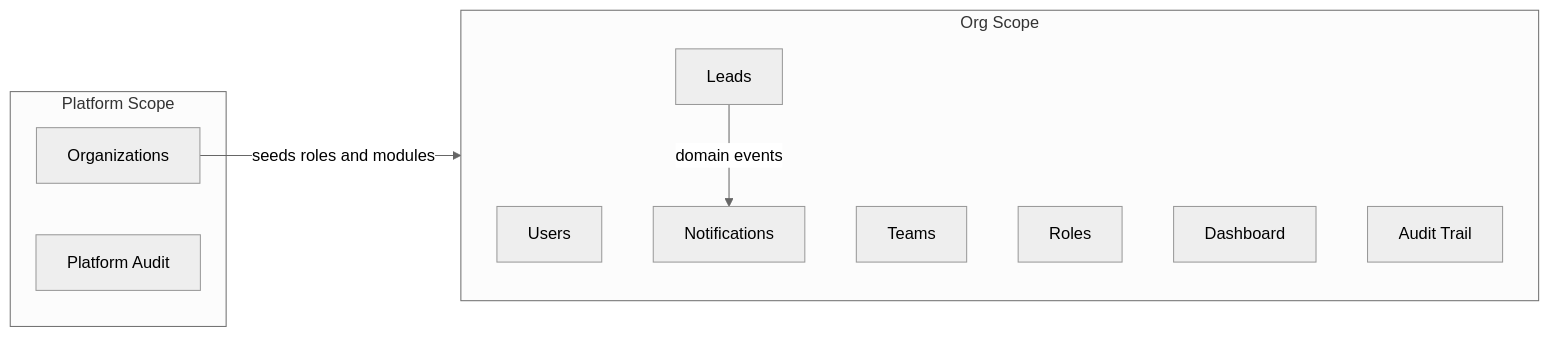
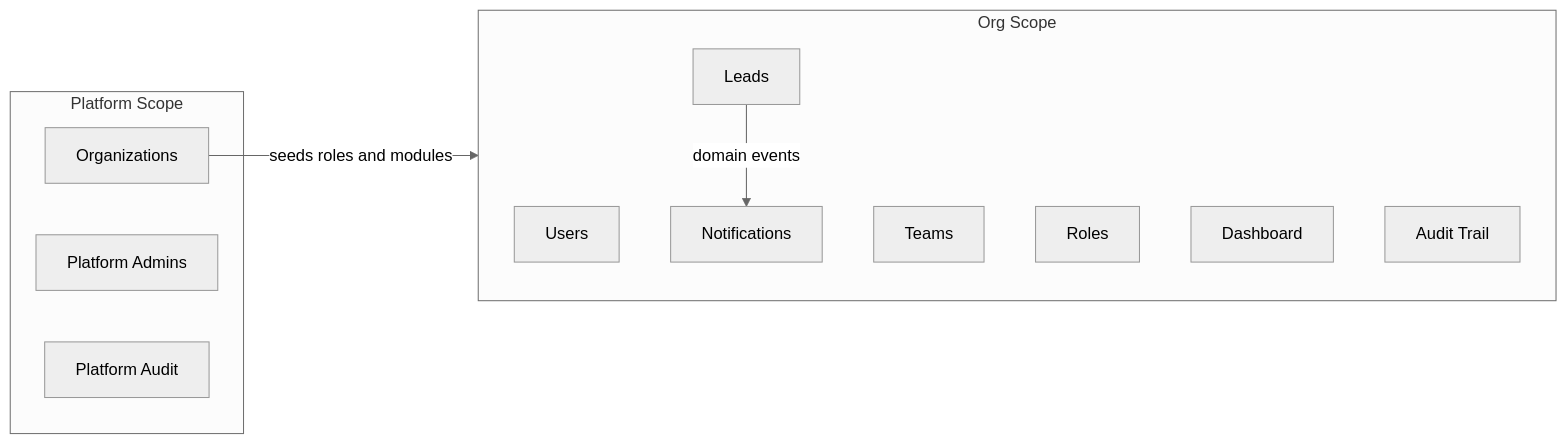
The third of 8 diagrams in docs/architecture.md (MoShahan/hilite-multi-org-erp), drawn with Mermaid (neutral theme) before and after one commit. The commit also changed other lines of this file, not shown here.

Commit message:
docs(architecture): update platform admin, routing, and permission boundaries

````diff
--- a/docs/architecture.md
+++ b/docs/architecture.md
@@ -172,18 +173,19 @@
 ```mermaid
 flowchart LR
   subgraph platform [Platform Scope]
     PlatformOrgs[Organizations]
+    PlatformUsers[Platform Admins]
     PlatformAudit[Platform Audit]
   end
   subgraph org [Org Scope]
     Users[Users]
     Teams[Teams]
     Roles[Roles]
     Leads[Leads]
     Dashboard[Dashboard]
     Notif[Notifications]
     Audit[Audit Trail]
   end
   PlatformOrgs -->|"seeds roles and modules"| org
   Leads -->|"domain events"| Notif
 ```
````
